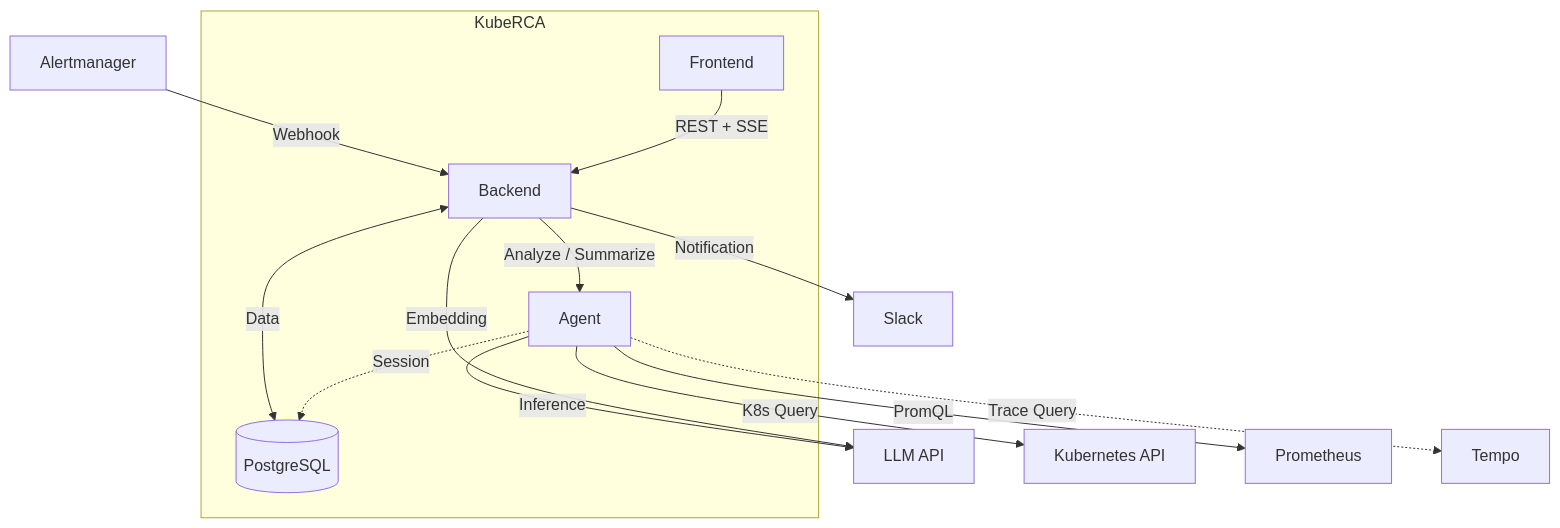
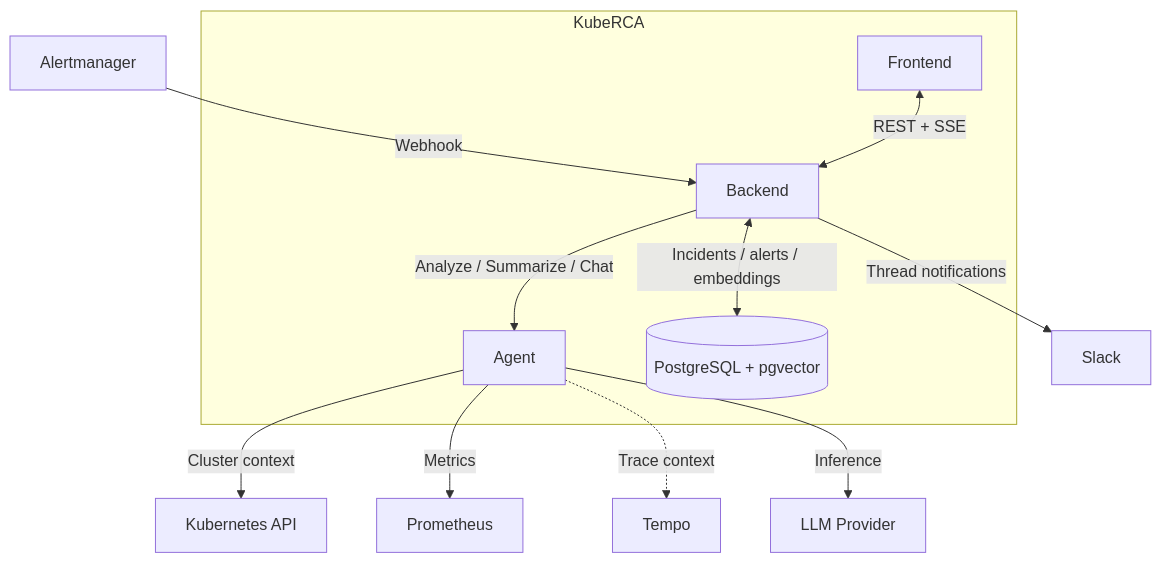
The diagram in profile/README.md (kube-rca/.github), drawn with Mermaid before and after one commit. The commit also changed other lines of this file, not shown here.

````diff
--- a/profile/README.md
+++ b/profile/README.md
@@ -55,28 +52,26 @@
 ```mermaid
 flowchart TD
   AM[Alertmanager]
   SL[Slack]
-  LLM[LLM API]
+  LLM[LLM Provider]
   K8S[Kubernetes API]
   PR[Prometheus]
   TP[Tempo]
 
   subgraph KubeRCA
     FE[Frontend]
     BE[Backend]
     AG[Agent]
-    PG[(PostgreSQL)]
+    DB[(PostgreSQL + pgvector)]
   end
 
   AM -->|Webhook| BE
-  BE -->|Notification| SL
-  FE -->|REST + SSE| BE
-  BE -->|Analyze / Summarize| AG
-  AG -->|K8s Query| K8S
-  AG -->|PromQL| PR
-  AG -.->|Trace Query| TP
+  FE <-->|REST + SSE| BE
+  BE -->|Analyze / Summarize / Chat| AG
+  BE -->|Thread notifications| SL
+  BE <-->|Incidents / alerts / embeddings| DB
+  AG -->|Cluster context| K8S
+  AG -->|Metrics| PR
+  AG -.->|Trace context| TP
   AG -->|Inference| LLM
-  BE -->|Embedding| LLM
-  BE <-->|Data| PG
-  AG -.->|Session| PG
 ```
````
